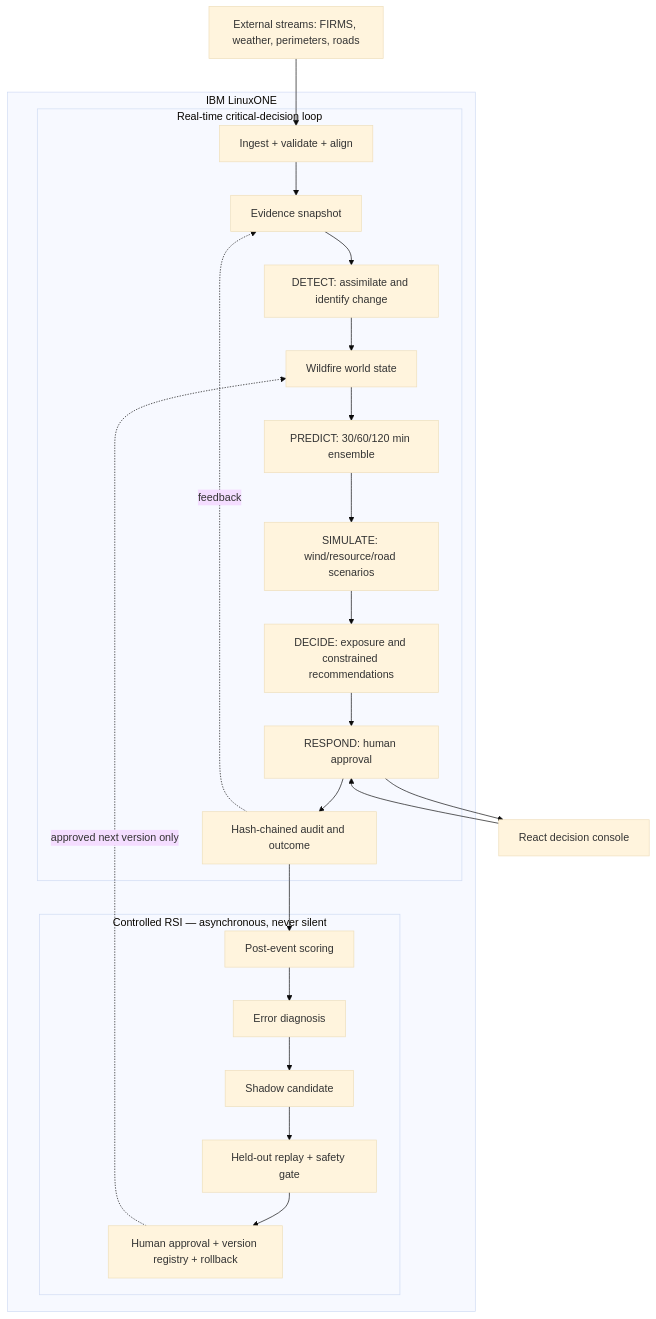
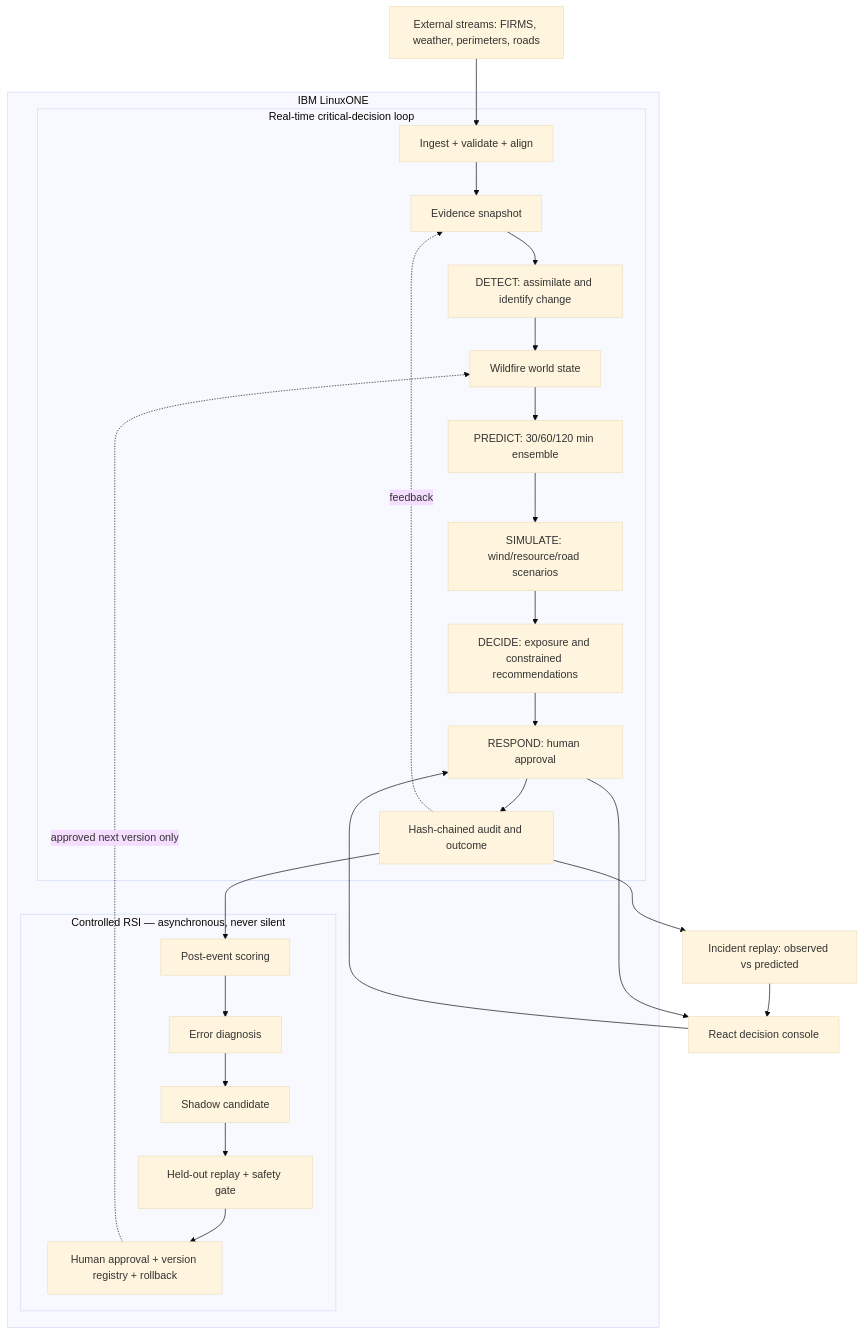
Before and after one commit to TenetJustin/CityShield: the diagram in docs/ARCHITECTURE.md, drawn with Mermaid (base theme). The commit also changed other lines of this file and 10 other files, not shown here.

Commit message:
Add offline incident replay and delivery readiness gates

````diff
--- a/docs/ARCHITECTURE.md
+++ b/docs/ARCHITECTURE.md
@@ -5,31 +5,33 @@
 ```mermaid
 flowchart TB
   S[External streams: FIRMS, weather, perimeters, roads] --> I
 
   subgraph L[IBM LinuxONE]
     subgraph RT[Real-time critical-decision loop]
       I[Ingest + validate + align] --> O[Evidence snapshot]
       O --> D[DETECT: assimilate and identify change]
       D --> W[Wildfire world state]
       W --> P[PREDICT: 30/60/120 min ensemble]
       P --> X[SIMULATE: wind/resource/road scenarios]
       X --> C[DECIDE: exposure and constrained recommendations]
       C --> H[RESPOND: human approval]
       H --> A[Hash-chained audit and outcome]
       A -. feedback .-> O
     end
 
     subgraph RSI[Controlled RSI — asynchronous, never silent]
       E[Post-event scoring] --> G[Error diagnosis]
       G --> K[Shadow candidate]
       K --> B[Held-out replay + safety gate]
       B --> V[Human approval + version registry + rollback]
     end
 
     A --> E
     V -. approved next version only .-> W
   end
 
   H --> UI[React decision console]
   UI --> H
+  A --> R[Incident replay: observed vs predicted]
+  R --> UI
 ```
````
